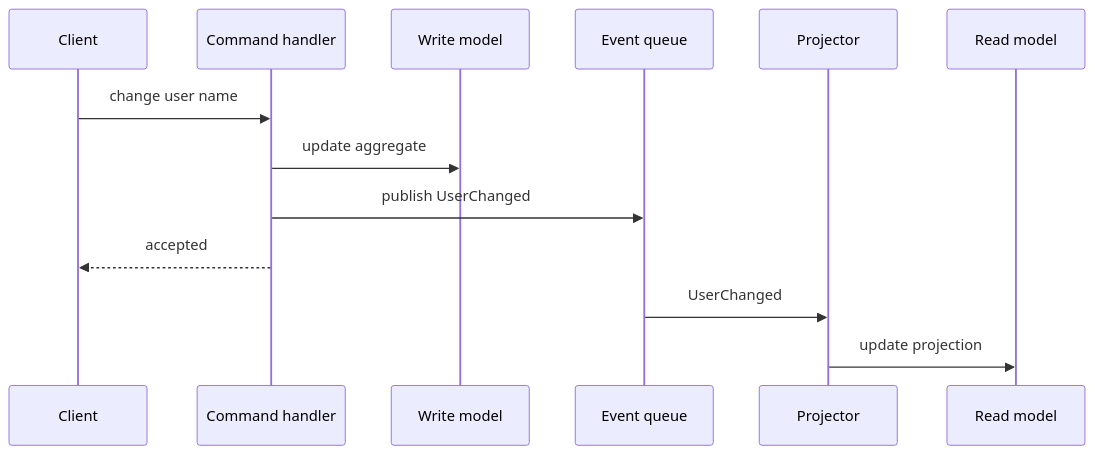
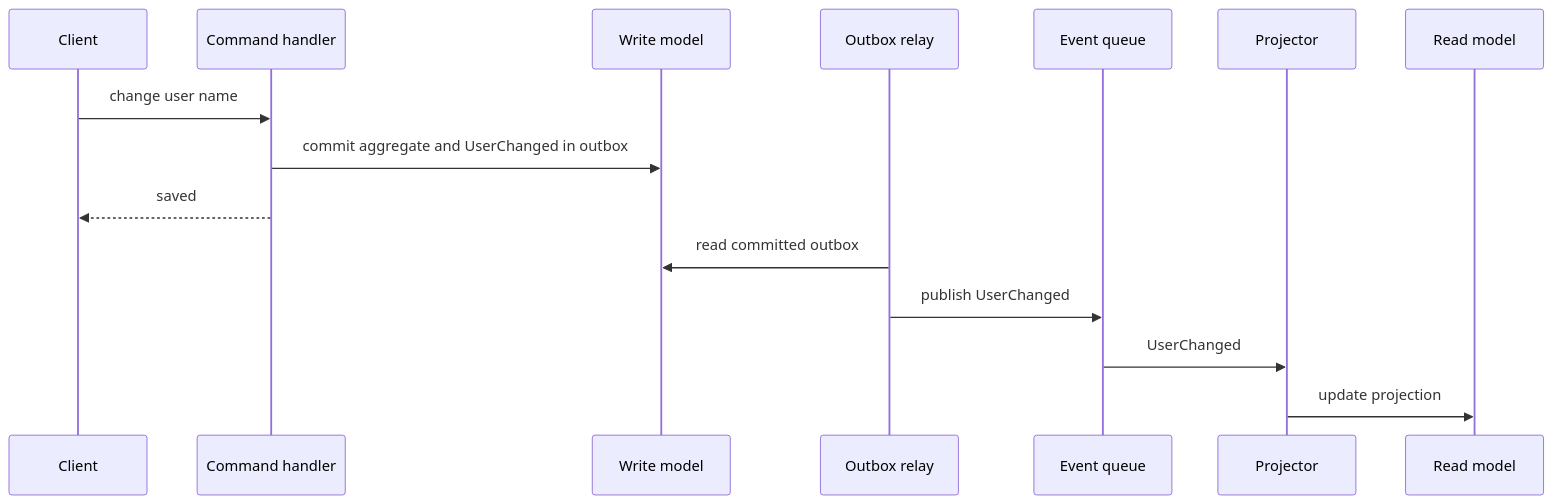
Before and after one commit to Kert0n/KPO: diagram 17 of 19 in content/lectures/Lec13/vitepress.md, drawn with Mermaid. The commit also changed other lines of this file, not shown here.

````diff
--- a/content/lectures/Lec13/vitepress.md
+++ b/content/lectures/Lec13/vitepress.md
@@ -1403,16 +1444,18 @@
 ```mermaid
 sequenceDiagram
     participant Client as Client
     participant Command as Command handler
     participant Write as Write model
+    participant Relay as Outbox relay
     participant Queue as Event queue
     participant Projector as Projector
     participant Read as Read model
 
     Client->>Command: change user name
-    Command->>Write: update aggregate
-    Command->>Queue: publish UserChanged
-    Command-->>Client: accepted
+    Command->>Write: commit aggregate and UserChanged in outbox
+    Command-->>Client: saved
+    Relay->>Write: read committed outbox
+    Relay->>Queue: publish UserChanged
     Queue->>Projector: UserChanged
     Projector->>Read: update projection
 ```
````
